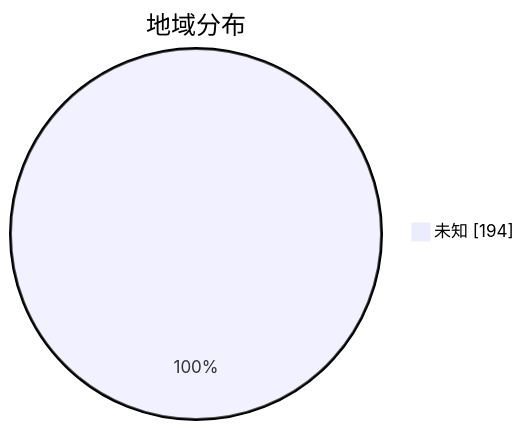
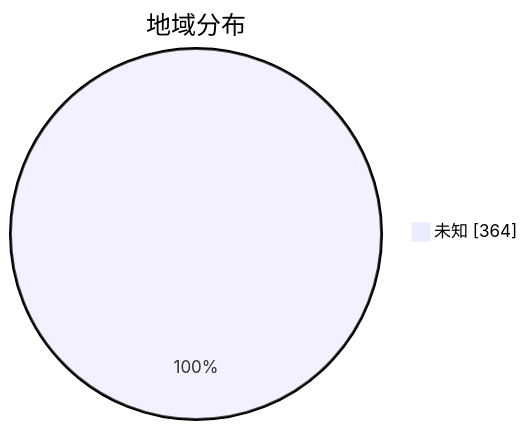
Before and after one commit to qjlxg/airport: the second of 3 diagrams in subs/statistics/tested_within.md, drawn with Mermaid. The commit also changed other lines of this file and 2 other files, not shown here.

````diff
--- a/subs/statistics/tested_within.md
+++ b/subs/statistics/tested_within.md
@@ -12,5 +14,5 @@
 ```mermaid
 pie showData
 title 地域分布
-"未知" : 194
+"未知" : 364
 ```
````
